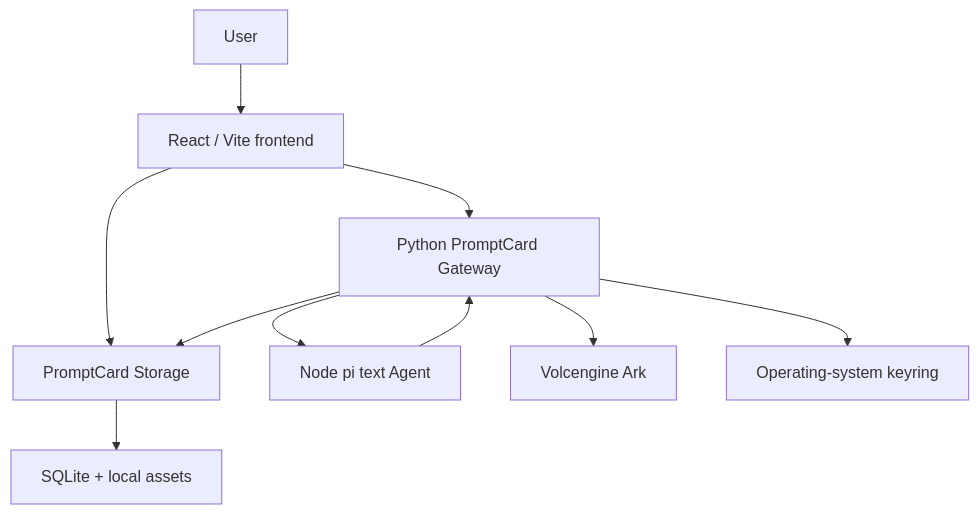
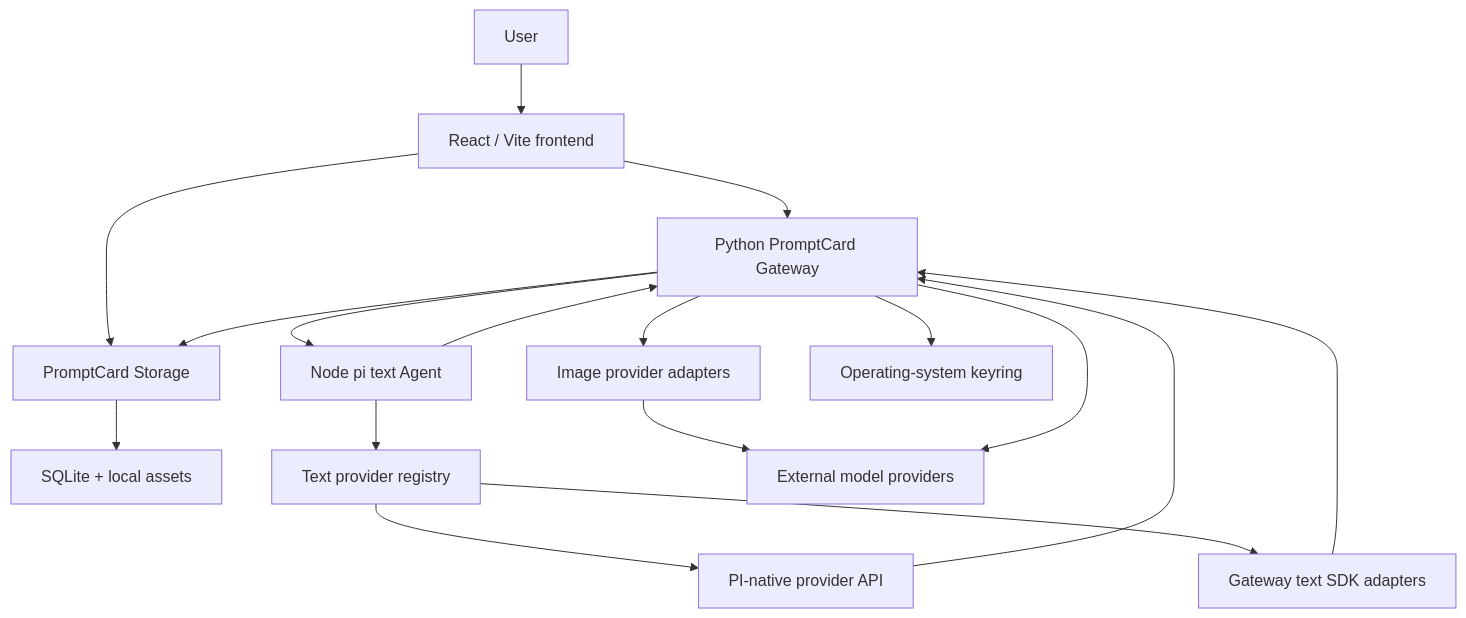
Before and after one commit to Aoye-3/PromptCard-Agent: the first of 2 diagrams in docs/architecture/system-architecture.md, drawn with Mermaid. The commit also changed other lines of this file and 14 other files, not shown here.

Commit message:
docs: align extensible model provider runtime

````diff
--- a/docs/architecture/system-architecture.md
+++ b/docs/architecture/system-architecture.md
@@ -9,21 +9,31 @@
 ```mermaid
 flowchart TD
   User["User"]
   Frontend["React / Vite frontend"]
   Storage["PromptCard Storage"]
   DB["SQLite + local assets"]
   Gateway["Python PromptCard Gateway"]
   Pi["Node pi text Agent"]
-  Ark["Volcengine Ark"]
+  TextRegistry["Text provider registry"]
+  PINative["PI-native provider API"]
+  TextSDK["Gateway text SDK adapters"]
+  ImageSDK["Image provider adapters"]
+  Providers["External model providers"]
   Keyring["Operating-system keyring"]
 
   User --> Frontend
   Frontend --> Storage
   Storage --> DB
   Frontend --> Gateway
   Gateway --> Storage
   Gateway --> Pi
   Pi --> Gateway
-  Gateway --> Ark
+  Pi --> TextRegistry
+  TextRegistry --> PINative
+  TextRegistry --> TextSDK
+  PINative --> Gateway
+  TextSDK --> Gateway
+  Gateway --> ImageSDK --> Providers
+  Gateway --> Providers
   Gateway --> Keyring
 ```
````
